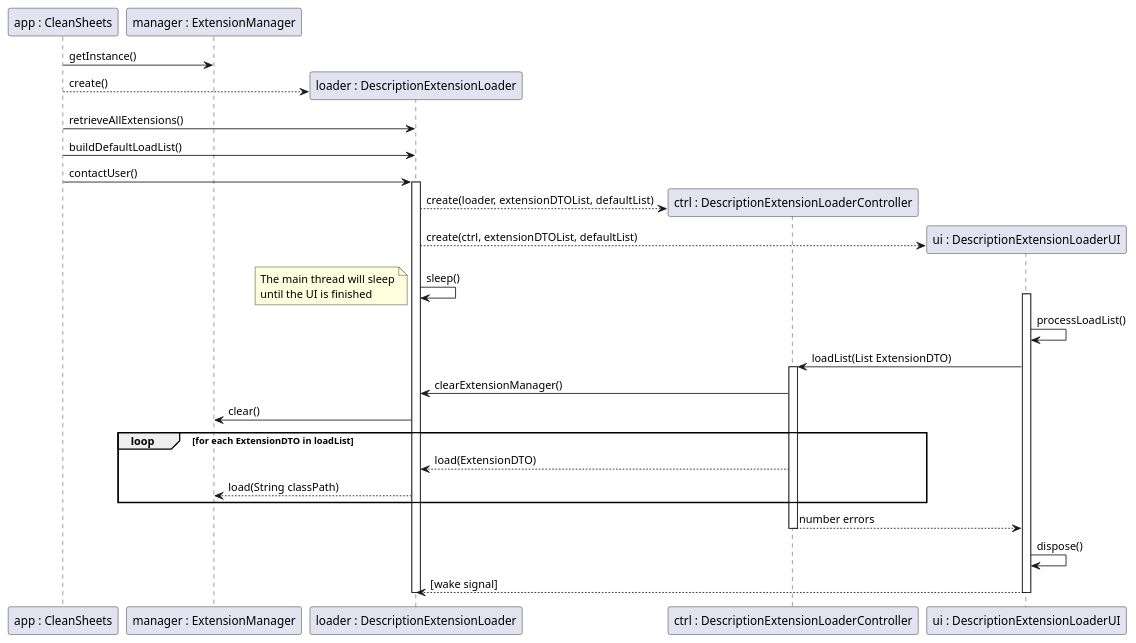
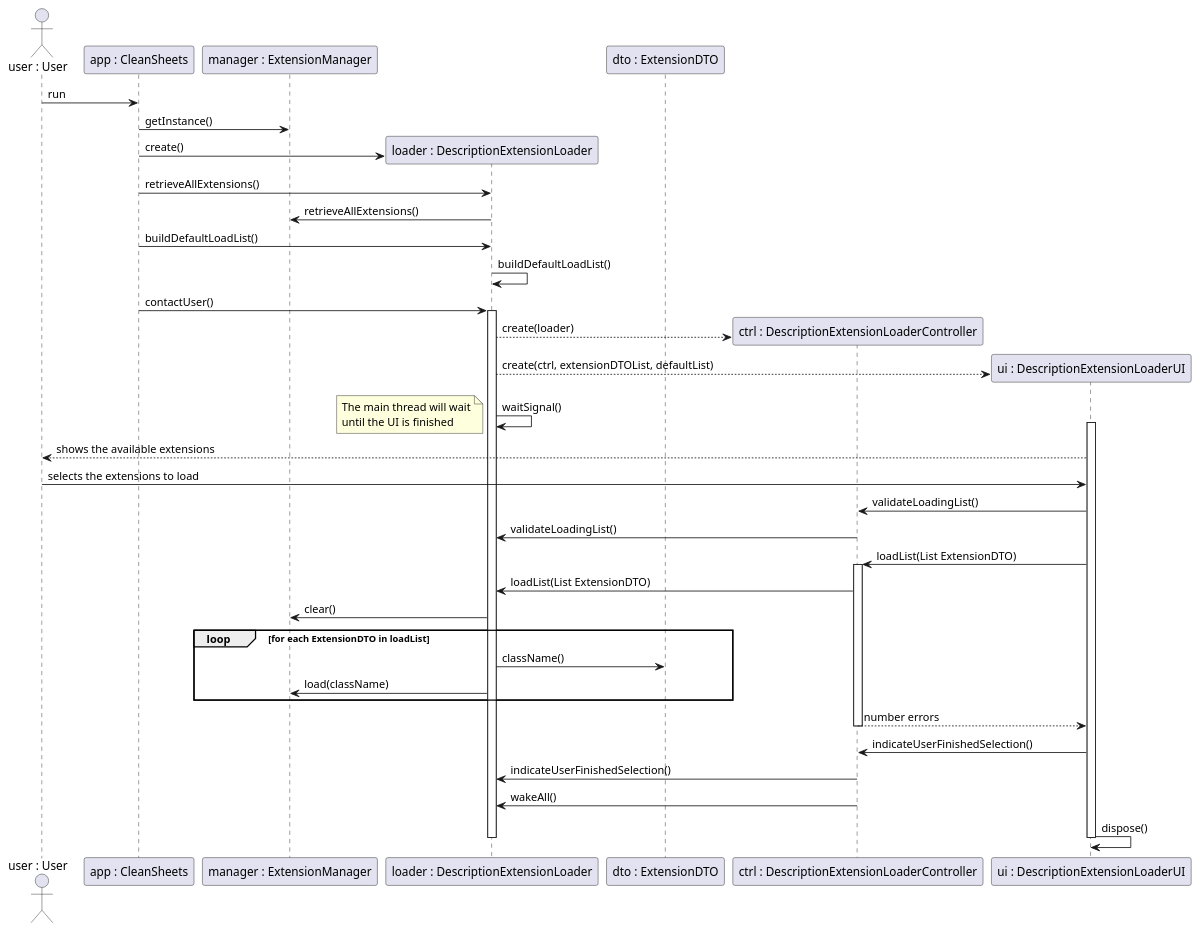
One commit to PeFerreira98/ISEP.Lic.LAPR4_2017 changed the diagram in src/main/java/lapr4/green/s2/core/n1970581/autodescriptionextensions/core01_2_04_design.puml. Above: the diagram before and after it, drawn with PlantUML. The commit also changed 4 other files, not shown here.

Commit message:
#LAPR4E17DL-160 #time 2h 30m Design documenting + cleanup #comment Core01.2 Design: finish documentation and polish diagrams.

```diff
--- a/src/main/java/lapr4/green/s2/core/n1970581/autodescriptionextensions/core01_2_04_design.puml
+++ b/src/main/java/lapr4/green/s2/core/n1970581/autodescriptionextensions/core01_2_04_design.puml
@@ -1,76 +1,106 @@
 @startuml core01_2_04.png
 
 
 'DescriptionExtensionLoader
 'DescriptionExtensionLoaderUI
 'DescriptionExtensionLoaderController
 'Metadata
 'Name
 'Version
 'Description
 'MetadataFactory
 'ExtensionDTO
 'CleanSheets
 'ExtensionManager
 'Metadatable
 
+actor "user : User " as user
+'participant "ui : DescriptionExtensionLoaderUI" as ui
+'participant "ctrl : DescriptionExtensionLoaderController" as ctrl
+
 participant "app : CleanSheets" as app
 participant "manager : ExtensionManager" as manager
 participant "loader : DescriptionExtensionLoader" as loader
+participant "dto : ExtensionDTO" as dto
 participant "ctrl : DescriptionExtensionLoaderController" as ctrl
-'participant "thread : Thread" as thread
+
 participant "ui : DescriptionExtensionLoaderUI" as ui
-
+'actor "user : user " as user
 
 'participant "metadata : Metadata" as metadata
 'participant "dto : ExtensionDTO" as dto
 'participant "name : Name" as name
 'participant "version : Version" as version
 'participant "desc : Description" as desc
 'participant "factory : MetadataFactory" as factory
 'participant " : Metadatable" as interface
 
+user -> app : run
 
 app -> manager : getInstance()
 create loader
-app --> loader : create()
+app -> loader : create()
 
 app -> loader : retrieveAllExtensions()
+loader -> manager : retrieveAllExtensions()
 app -> loader : buildDefaultLoadList()
+loader -> loader : buildDefaultLoadList()
 app -> loader : contactUser()
 activate loader
 
 create ctrl
-loader --> ctrl : create(loader, extensionDTOList, defaultList)
+loader --> ctrl : create(loader)
 create ui
 loader --> ui :  create(ctrl, extensionDTOList, defaultList)
 
-loader -> loader : sleep()
+loader -> loader : waitSignal()
 note left
- The main thread will sleep
+ The main thread will wait
  until the UI is finished
 end note
 
 'ui -> ctrl : getDefaultLoadList()
 'ctrl -> loader : getDefaultLoadList()
 
 activate ui
-ui -> ui : processLoadList()
+ui --> user : shows the available extensions
+user -> ui : selects the extensions to load
+ui -> ctrl : validateLoadingList()
+ctrl -> loader : validateLoadingList()
+
 ui -> ctrl : loadList(List ExtensionDTO)
+activate ctrl
+ctrl -> loader : loadList(List ExtensionDTO)
 
-activate ctrl
-    ctrl -> loader : clearExtensionManager()
-    loader -> manager : clear()
+loader -> manager : clear()
+
 loop for each ExtensionDTO in loadList
-    ctrl --> loader : load(ExtensionDTO)
-    loader --> manager : load(String classPath)
-end
-    ctrl --> ui : number errors
+    loader -> dto : className()
+    loader -> manager : load(className)
+end 
+
+ctrl --> ui : number errors
 deactivate ctrl
+'activate ctrl
+    'ctrl -> loader : clearExtensionManager()
+    'loader -> manager : clear()
+'loop for each ExtensionDTO in loadList
+'    ctrl --> loader : load(ExtensionDTO)
+'    loader --> manager : load(String classPath)
+'end
+    
+'deactivate ctrl
+
+ui -> ctrl : indicateUserFinishedSelection()
+ctrl -> loader : indicateUserFinishedSelection()
+ctrl -> loader : wakeAll()
+'note left  
+'    wakes
+'end
 
 ui -> ui : dispose()
-ui --> loader : [wake signal]
+
 deactivate ui
 
 deactivate loader
 @enduml
```
